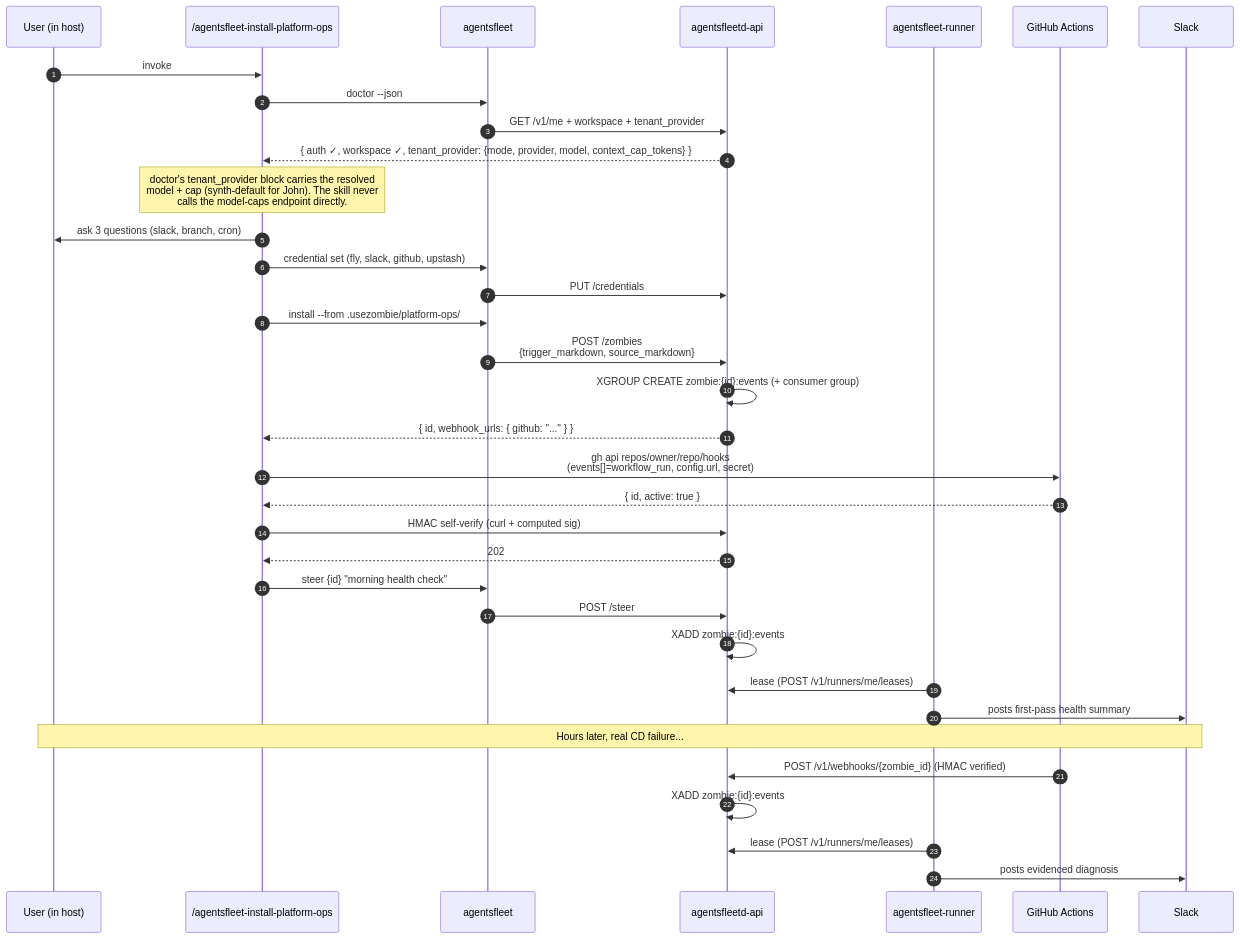
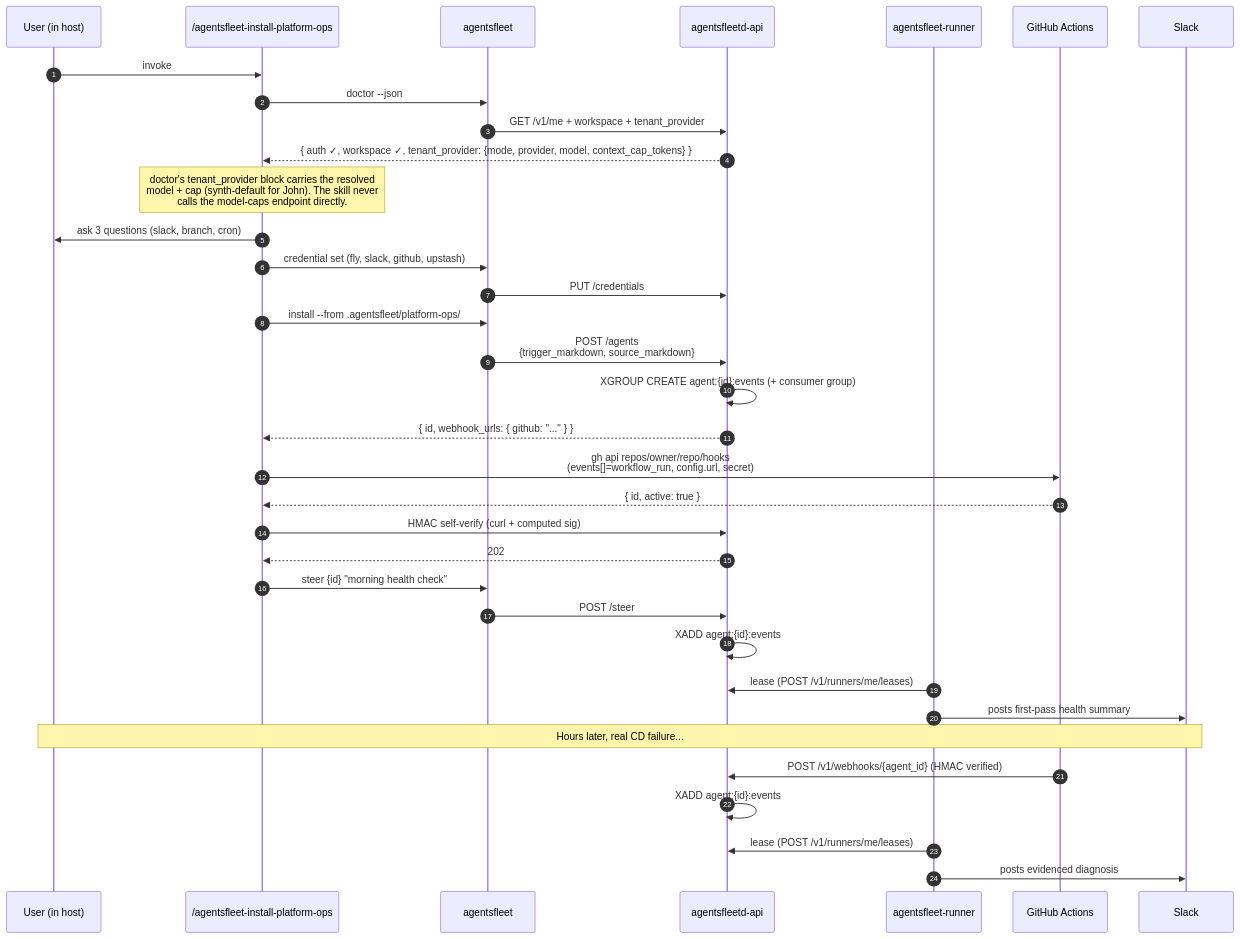
One commit to agentsfleet/agentsfleet changed the diagram in docs/architecture/scenarios/01_default_install.md. Above: the diagram before and after it, drawn with Mermaid. The commit also changed other lines of this file and 209 other files, not shown here.

````diff
--- a/docs/architecture/scenarios/01_default_install.md
+++ b/docs/architecture/scenarios/01_default_install.md
@@ -13,38 +13,38 @@
 ```mermaid
 sequenceDiagram
     autonumber
     participant Op as User (in host)
     participant Skill as /agentsfleet-install-platform-ops
     participant CLI as agentsfleet
     participant API as agentsfleetd-api
     participant Runner as agentsfleet-runner
     participant GH as GitHub Actions
     participant Slack
 
     Op->>Skill: invoke
     Skill->>CLI: doctor --json
     CLI->>API: GET /v1/me + workspace + tenant_provider
     API-->>Skill: { auth ✓, workspace ✓, tenant_provider: {mode, provider, model, context_cap_tokens} }
     Note over Skill: doctor's tenant_provider block carries the resolved<br/>model + cap (synth-default for John). The skill never<br/>calls the model-caps endpoint directly.
     Skill->>Op: ask 3 questions (slack, branch, cron)
     Skill->>CLI: credential set (fly, slack, github, upstash)
     CLI->>API: PUT /credentials
-    Skill->>CLI: install --from .usezombie/platform-ops/
-    CLI->>API: POST /zombies<br/>{trigger_markdown, source_markdown}
-    API->>API: XGROUP CREATE zombie:{id}:events (+ consumer group)
+    Skill->>CLI: install --from .agentsfleet/platform-ops/
+    CLI->>API: POST /agents<br/>{trigger_markdown, source_markdown}
+    API->>API: XGROUP CREATE agent:{id}:events (+ consumer group)
     API-->>Skill: { id, webhook_urls: { github: "..." } }
     Skill->>GH: gh api repos/owner/repo/hooks<br/>(events[]=workflow_run, config.url, secret)
     GH-->>Skill: { id, active: true }
     Skill->>API: HMAC self-verify (curl + computed sig)
     API-->>Skill: 202
     Skill->>CLI: steer {id} "morning health check"
     CLI->>API: POST /steer
-    API->>API: XADD zombie:{id}:events
+    API->>API: XADD agent:{id}:events
     Runner->>API: lease (POST /v1/runners/me/leases)
     Runner->>Slack: posts first-pass health summary
     Note over Op,Slack: Hours later, real CD failure...
-    GH->>API: POST /v1/webhooks/{zombie_id} (HMAC verified)
-    API->>API: XADD zombie:{id}:events
+    GH->>API: POST /v1/webhooks/{agent_id} (HMAC verified)
+    API->>API: XADD agent:{id}:events
     Runner->>API: lease (POST /v1/runners/me/leases)
     Runner->>Slack: posts evidenced diagnosis
 ```
````
